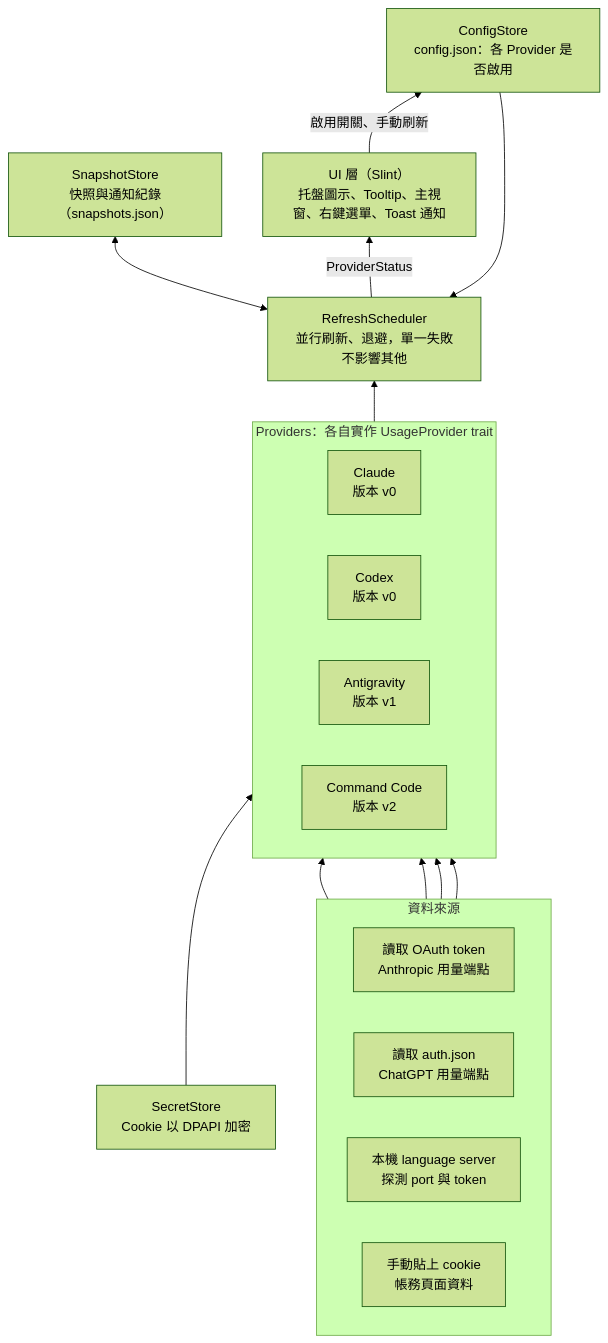
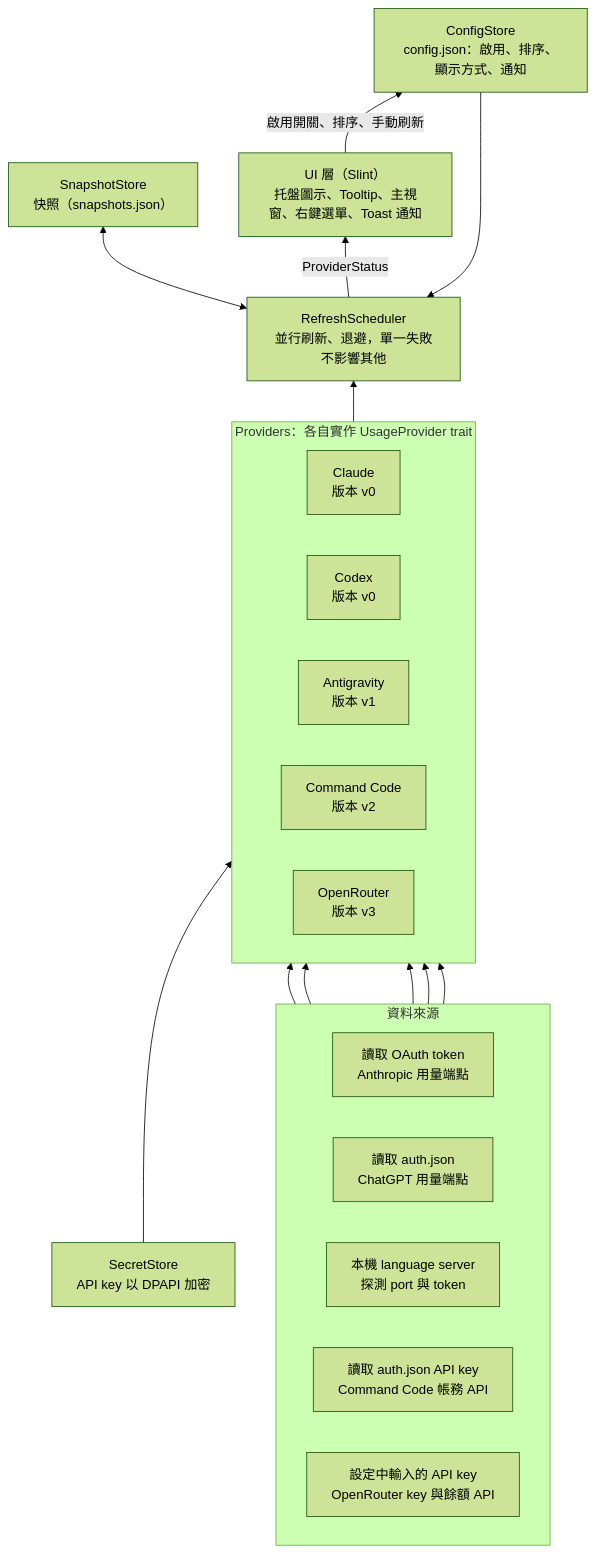
The first of 2 diagrams in docs/spec.md (RayLiu1999/AIBar), drawn with Mermaid (forest theme) before and after one commit. The commit also changed other lines of this file and 2 other files, not shown here.

````diff
--- a/docs/spec.md
+++ b/docs/spec.md
@@ -71,30 +72,33 @@
 ```mermaid
 flowchart BT
     subgraph Sources["資料來源"]
         direction LR
         S1["讀取 OAuth token<br/>Anthropic 用量端點"]
         S2["讀取 auth.json<br/>ChatGPT 用量端點"]
         S3["本機 language server<br/>探測 port 與 token"]
-        S4["手動貼上 cookie<br/>帳務頁面資料"]
+        S4["讀取 auth.json API key<br/>Command Code 帳務 API"]
+        S5["設定中輸入的 API key<br/>OpenRouter key 與餘額 API"]
     end
 
     subgraph Providers["Providers：各自實作 UsageProvider trait"]
         direction LR
         P1["Claude<br/>版本 v0"]
         P2["Codex<br/>版本 v0"]
         P3["Antigravity<br/>版本 v1"]
         P4["Command Code<br/>版本 v2"]
+        P5["OpenRouter<br/>版本 v3"]
     end
 
     S1 --> P1
     S2 --> P2
     S3 --> P3
     S4 --> P4
-    Secret["SecretStore<br/>Cookie 以 DPAPI 加密"] --> P4
+    S5 --> P5
+    Secret["SecretStore<br/>API key 以 DPAPI 加密"] --> P5
 
     Providers --> Scheduler["RefreshScheduler<br/>並行刷新、退避，單一失敗不影響其他"]
-    Scheduler <--> Store["SnapshotStore<br/>快照與通知紀錄（snapshots.json）"]
+    Scheduler <--> Store["SnapshotStore<br/>快照（snapshots.json）"]
     Scheduler -- ProviderStatus --> UI["UI 層（Slint）<br/>托盤圖示、Tooltip、主視窗、右鍵選單、Toast 通知"]
-    UI -- 啟用開關、手動刷新 --> Config["ConfigStore<br/>config.json：各 Provider 是否啟用"]
+    UI -- 啟用開關、排序、手動刷新 --> Config["ConfigStore<br/>config.json：啟用、排序、顯示方式、通知"]
     Config --> Scheduler
 ```
````
